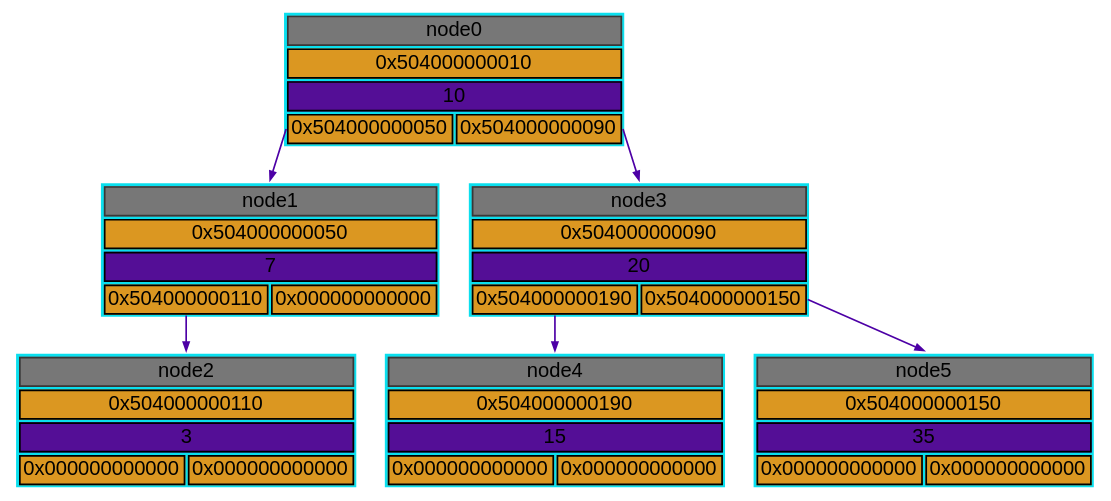
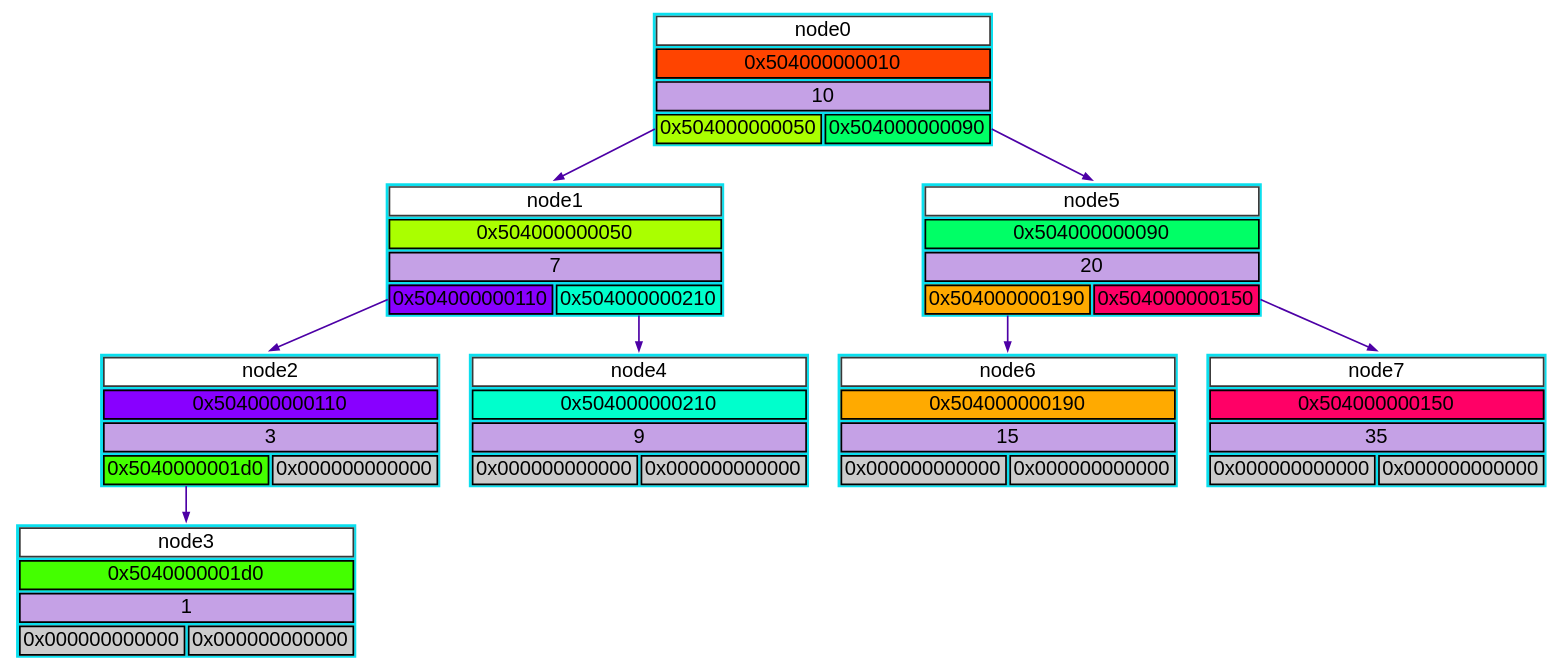
Before and after one commit to kovalevm2207/Tree: the diagram in svg_dot/dump.dot, drawn with Graphviz. The commit also changed 5 other files, not shown here.

```diff
--- a/svg_dot/dump.dot
+++ b/svg_dot/dump.dot
@@ -1,60 +1,78 @@
 digraph DUMP
 {
     rankdir=TB;
     splines=false;
     node[fontname="Arial",fontsize=24,];
     edge [style="bold", arrowhead="normal", splines=line, dir=normal]
     node0 [shape=plaintext, label=<
         <TABLE BORDER="0" CELLBORDER="2" CELLSPACING="3" CELLPADDING="3" BGCOLOR="#0bdfeeff" FIXEDSIZE="FALSE" ALIGN="CENTER" VALIGN="MIDDLE" SIDES="LRTB" >
-            <TR><TD PORT="h" BGCOLOR="#777777ff" COLSPAN="2" COLOR="#383838ff">node0</TD></TR>
-            <TR><TD PORT="p" BGCOLOR="#db9721ff" COLSPAN="2" COLOR="#000000">0x504000000010</TD></TR>
-            <TR><TD PORT="d" BGCOLOR="#540e96ff" COLSPAN="2" COLOR="#000000">10</TD></TR>
-            <TR><TD PORT="l" BGCOLOR="#db9721ff" COLSPAN="1" ALIGN="CENTER" COLOR="#000000">0x504000000050</TD><TD PORT="r" BGCOLOR="#db9721ff" COLSPAN="1" ALIGN="CENTER" COLOR="#000000">0x504000000090</TD></TR>
+            <TR><TD PORT="h" BGCOLOR="#ffffffff" COLSPAN="2" COLOR="#383838ff">node0</TD></TR>
+            <TR><TD PORT="p" BGCOLOR="#ff4400" COLSPAN="2" COLOR="#000000">0x504000000010</TD></TR>
+            <TR><TD PORT="d" BGCOLOR="#c5a1e6ff" COLSPAN="2" COLOR="#000000">10</TD></TR>
+            <TR><TD PORT="l" COLSPAN="1" ALIGN="CENTER" COLOR="#000000" BGCOLOR="#aaff00">0x504000000050</TD><TD PORT="r" COLSPAN="1" ALIGN="CENTER" COLOR="#000000" BGCOLOR="#00ff66">0x504000000090</TD></TR>
         </TABLE>
     >];
     node1 [shape=plaintext, label=<
         <TABLE BORDER="0" CELLBORDER="2" CELLSPACING="3" CELLPADDING="3" BGCOLOR="#0bdfeeff" FIXEDSIZE="FALSE" ALIGN="CENTER" VALIGN="MIDDLE" SIDES="LRTB" >
-            <TR><TD PORT="h" BGCOLOR="#777777ff" COLSPAN="2" COLOR="#383838ff">node1</TD></TR>
-            <TR><TD PORT="p" BGCOLOR="#db9721ff" COLSPAN="2" COLOR="#000000">0x504000000050</TD></TR>
-            <TR><TD PORT="d" BGCOLOR="#540e96ff" COLSPAN="2" COLOR="#000000">7</TD></TR>
-            <TR><TD PORT="l" BGCOLOR="#db9721ff" COLSPAN="1" ALIGN="CENTER" COLOR="#000000">0x504000000110</TD><TD PORT="r" BGCOLOR="#db9721ff" COLSPAN="1" ALIGN="CENTER" COLOR="#000000">0x000000000000</TD></TR>
+            <TR><TD PORT="h" BGCOLOR="#ffffffff" COLSPAN="2" COLOR="#383838ff">node1</TD></TR>
+            <TR><TD PORT="p" BGCOLOR="#aaff00" COLSPAN="2" COLOR="#000000">0x504000000050</TD></TR>
+            <TR><TD PORT="d" BGCOLOR="#c5a1e6ff" COLSPAN="2" COLOR="#000000">7</TD></TR>
+            <TR><TD PORT="l" COLSPAN="1" ALIGN="CENTER" COLOR="#000000" BGCOLOR="#8800ff">0x504000000110</TD><TD PORT="r" COLSPAN="1" ALIGN="CENTER" COLOR="#000000" BGCOLOR="#00ffcc">0x504000000210</TD></TR>
         </TABLE>
     >];
     node2 [shape=plaintext, label=<
         <TABLE BORDER="0" CELLBORDER="2" CELLSPACING="3" CELLPADDING="3" BGCOLOR="#0bdfeeff" FIXEDSIZE="FALSE" ALIGN="CENTER" VALIGN="MIDDLE" SIDES="LRTB" >
-            <TR><TD PORT="h" BGCOLOR="#777777ff" COLSPAN="2" COLOR="#383838ff">node2</TD></TR>
-            <TR><TD PORT="p" BGCOLOR="#db9721ff" COLSPAN="2" COLOR="#000000">0x504000000110</TD></TR>
-            <TR><TD PORT="d" BGCOLOR="#540e96ff" COLSPAN="2" COLOR="#000000">3</TD></TR>
-            <TR><TD PORT="l" BGCOLOR="#db9721ff" COLSPAN="1" ALIGN="CENTER" COLOR="#000000">0x000000000000</TD><TD PORT="r" BGCOLOR="#db9721ff" COLSPAN="1" ALIGN="CENTER" COLOR="#000000">0x000000000000</TD></TR>
+            <TR><TD PORT="h" BGCOLOR="#ffffffff" COLSPAN="2" COLOR="#383838ff">node2</TD></TR>
+            <TR><TD PORT="p" BGCOLOR="#8800ff" COLSPAN="2" COLOR="#000000">0x504000000110</TD></TR>
+            <TR><TD PORT="d" BGCOLOR="#c5a1e6ff" COLSPAN="2" COLOR="#000000">3</TD></TR>
+            <TR><TD PORT="l" COLSPAN="1" ALIGN="CENTER" COLOR="#000000" BGCOLOR="#44ff00">0x5040000001d0</TD><TD PORT="r" COLSPAN="1" ALIGN="CENTER" COLOR="#000000" BGCOLOR="#cccccc">0x000000000000</TD></TR>
         </TABLE>
     >];
     node3 [shape=plaintext, label=<
         <TABLE BORDER="0" CELLBORDER="2" CELLSPACING="3" CELLPADDING="3" BGCOLOR="#0bdfeeff" FIXEDSIZE="FALSE" ALIGN="CENTER" VALIGN="MIDDLE" SIDES="LRTB" >
-            <TR><TD PORT="h" BGCOLOR="#777777ff" COLSPAN="2" COLOR="#383838ff">node3</TD></TR>
-            <TR><TD PORT="p" BGCOLOR="#db9721ff" COLSPAN="2" COLOR="#000000">0x504000000090</TD></TR>
-            <TR><TD PORT="d" BGCOLOR="#540e96ff" COLSPAN="2" COLOR="#000000">20</TD></TR>
-            <TR><TD PORT="l" BGCOLOR="#db9721ff" COLSPAN="1" ALIGN="CENTER" COLOR="#000000">0x504000000190</TD><TD PORT="r" BGCOLOR="#db9721ff" COLSPAN="1" ALIGN="CENTER" COLOR="#000000">0x504000000150</TD></TR>
+            <TR><TD PORT="h" BGCOLOR="#ffffffff" COLSPAN="2" COLOR="#383838ff">node3</TD></TR>
+            <TR><TD PORT="p" BGCOLOR="#44ff00" COLSPAN="2" COLOR="#000000">0x5040000001d0</TD></TR>
+            <TR><TD PORT="d" BGCOLOR="#c5a1e6ff" COLSPAN="2" COLOR="#000000">1</TD></TR>
+            <TR><TD PORT="l" COLSPAN="1" ALIGN="CENTER" COLOR="#000000" BGCOLOR="#cccccc">0x000000000000</TD><TD PORT="r" COLSPAN="1" ALIGN="CENTER" COLOR="#000000" BGCOLOR="#cccccc">0x000000000000</TD></TR>
         </TABLE>
     >];
     node4 [shape=plaintext, label=<
         <TABLE BORDER="0" CELLBORDER="2" CELLSPACING="3" CELLPADDING="3" BGCOLOR="#0bdfeeff" FIXEDSIZE="FALSE" ALIGN="CENTER" VALIGN="MIDDLE" SIDES="LRTB" >
-            <TR><TD PORT="h" BGCOLOR="#777777ff" COLSPAN="2" COLOR="#383838ff">node4</TD></TR>
-            <TR><TD PORT="p" BGCOLOR="#db9721ff" COLSPAN="2" COLOR="#000000">0x504000000190</TD></TR>
-            <TR><TD PORT="d" BGCOLOR="#540e96ff" COLSPAN="2" COLOR="#000000">15</TD></TR>
-            <TR><TD PORT="l" BGCOLOR="#db9721ff" COLSPAN="1" ALIGN="CENTER" COLOR="#000000">0x000000000000</TD><TD PORT="r" BGCOLOR="#db9721ff" COLSPAN="1" ALIGN="CENTER" COLOR="#000000">0x000000000000</TD></TR>
+            <TR><TD PORT="h" BGCOLOR="#ffffffff" COLSPAN="2" COLOR="#383838ff">node4</TD></TR>
+            <TR><TD PORT="p" BGCOLOR="#00ffcc" COLSPAN="2" COLOR="#000000">0x504000000210</TD></TR>
+            <TR><TD PORT="d" BGCOLOR="#c5a1e6ff" COLSPAN="2" COLOR="#000000">9</TD></TR>
+            <TR><TD PORT="l" COLSPAN="1" ALIGN="CENTER" COLOR="#000000" BGCOLOR="#cccccc">0x000000000000</TD><TD PORT="r" COLSPAN="1" ALIGN="CENTER" COLOR="#000000" BGCOLOR="#cccccc">0x000000000000</TD></TR>
         </TABLE>
     >];
     node5 [shape=plaintext, label=<
         <TABLE BORDER="0" CELLBORDER="2" CELLSPACING="3" CELLPADDING="3" BGCOLOR="#0bdfeeff" FIXEDSIZE="FALSE" ALIGN="CENTER" VALIGN="MIDDLE" SIDES="LRTB" >
-            <TR><TD PORT="h" BGCOLOR="#777777ff" COLSPAN="2" COLOR="#383838ff">node5</TD></TR>
-            <TR><TD PORT="p" BGCOLOR="#db9721ff" COLSPAN="2" COLOR="#000000">0x504000000150</TD></TR>
-            <TR><TD PORT="d" BGCOLOR="#540e96ff" COLSPAN="2" COLOR="#000000">35</TD></TR>
-            <TR><TD PORT="l" BGCOLOR="#db9721ff" COLSPAN="1" ALIGN="CENTER" COLOR="#000000">0x000000000000</TD><TD PORT="r" BGCOLOR="#db9721ff" COLSPAN="1" ALIGN="CENTER" COLOR="#000000">0x000000000000</TD></TR>
+            <TR><TD PORT="h" BGCOLOR="#ffffffff" COLSPAN="2" COLOR="#383838ff">node5</TD></TR>
+            <TR><TD PORT="p" BGCOLOR="#00ff66" COLSPAN="2" COLOR="#000000">0x504000000090</TD></TR>
+            <TR><TD PORT="d" BGCOLOR="#c5a1e6ff" COLSPAN="2" COLOR="#000000">20</TD></TR>
+            <TR><TD PORT="l" COLSPAN="1" ALIGN="CENTER" COLOR="#000000" BGCOLOR="#ffaa00">0x504000000190</TD><TD PORT="r" COLSPAN="1" ALIGN="CENTER" COLOR="#000000" BGCOLOR="#ff0066">0x504000000150</TD></TR>
+        </TABLE>
+    >];
+    node6 [shape=plaintext, label=<
+        <TABLE BORDER="0" CELLBORDER="2" CELLSPACING="3" CELLPADDING="3" BGCOLOR="#0bdfeeff" FIXEDSIZE="FALSE" ALIGN="CENTER" VALIGN="MIDDLE" SIDES="LRTB" >
+            <TR><TD PORT="h" BGCOLOR="#ffffffff" COLSPAN="2" COLOR="#383838ff">node6</TD></TR>
+            <TR><TD PORT="p" BGCOLOR="#ffaa00" COLSPAN="2" COLOR="#000000">0x504000000190</TD></TR>
+            <TR><TD PORT="d" BGCOLOR="#c5a1e6ff" COLSPAN="2" COLOR="#000000">15</TD></TR>
+            <TR><TD PORT="l" COLSPAN="1" ALIGN="CENTER" COLOR="#000000" BGCOLOR="#cccccc">0x000000000000</TD><TD PORT="r" COLSPAN="1" ALIGN="CENTER" COLOR="#000000" BGCOLOR="#cccccc">0x000000000000</TD></TR>
+        </TABLE>
+    >];
+    node7 [shape=plaintext, label=<
+        <TABLE BORDER="0" CELLBORDER="2" CELLSPACING="3" CELLPADDING="3" BGCOLOR="#0bdfeeff" FIXEDSIZE="FALSE" ALIGN="CENTER" VALIGN="MIDDLE" SIDES="LRTB" >
+            <TR><TD PORT="h" BGCOLOR="#ffffffff" COLSPAN="2" COLOR="#383838ff">node7</TD></TR>
+            <TR><TD PORT="p" BGCOLOR="#ff0066" COLSPAN="2" COLOR="#000000">0x504000000150</TD></TR>
+            <TR><TD PORT="d" BGCOLOR="#c5a1e6ff" COLSPAN="2" COLOR="#000000">35</TD></TR>
+            <TR><TD PORT="l" COLSPAN="1" ALIGN="CENTER" COLOR="#000000" BGCOLOR="#cccccc">0x000000000000</TD><TD PORT="r" COLSPAN="1" ALIGN="CENTER" COLOR="#000000" BGCOLOR="#cccccc">0x000000000000</TD></TR>
         </TABLE>
     >];
     node0:<l> -> node1:n [dir=normal, color="#4d00a6ff"];
     node1:<l> -> node2:n [dir=normal, color="#4d00a6ff"];
-    node0:<r> -> node3:n [dir=normal, color="#4d00a6ff"];
-    node3:<l> -> node4:n [dir=normal, color="#4d00a6ff"];
-    node3:<r> -> node5:n [dir=normal, color="#4d00a6ff"];
+    node2:<l> -> node3:n [dir=normal, color="#4d00a6ff"];
+    node1:<r> -> node4:n [dir=normal, color="#4d00a6ff"];
+    node0:<r> -> node5:n [dir=normal, color="#4d00a6ff"];
+    node5:<l> -> node6:n [dir=normal, color="#4d00a6ff"];
+    node5:<r> -> node7:n [dir=normal, color="#4d00a6ff"];
 }
```
